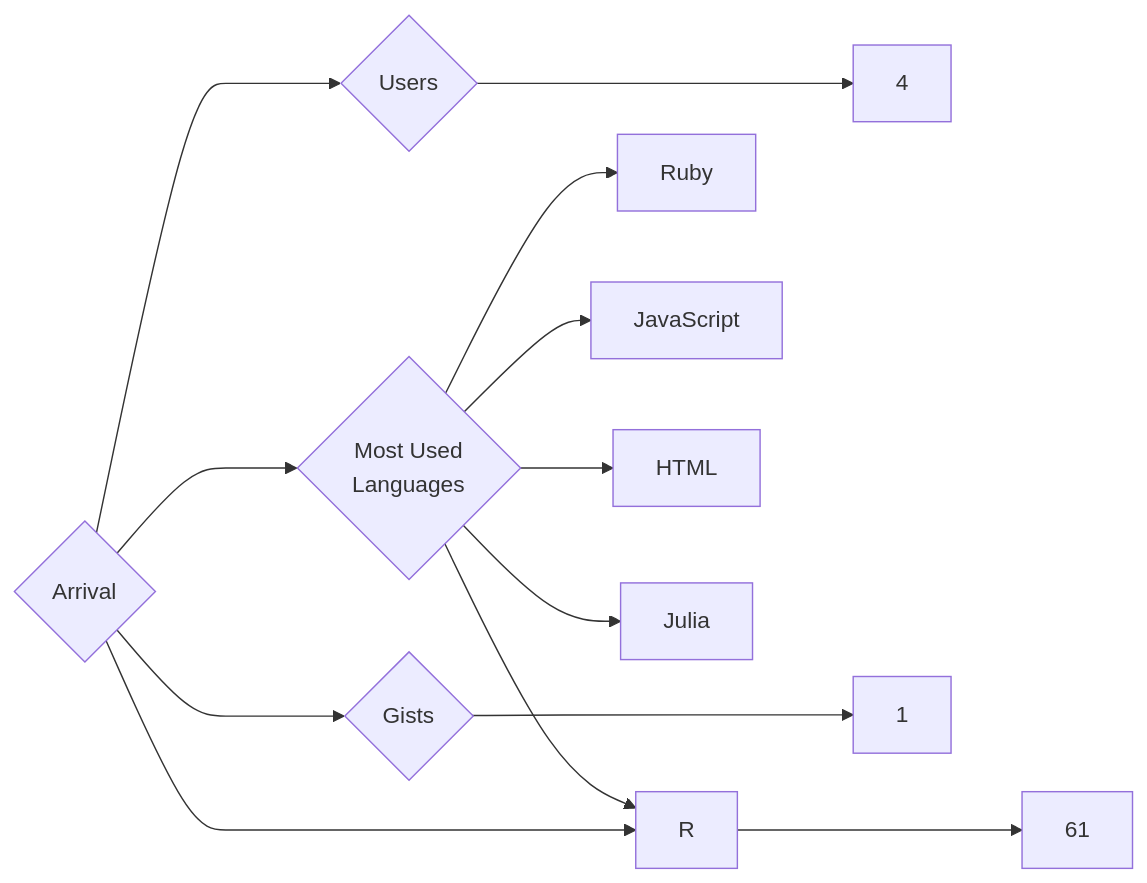
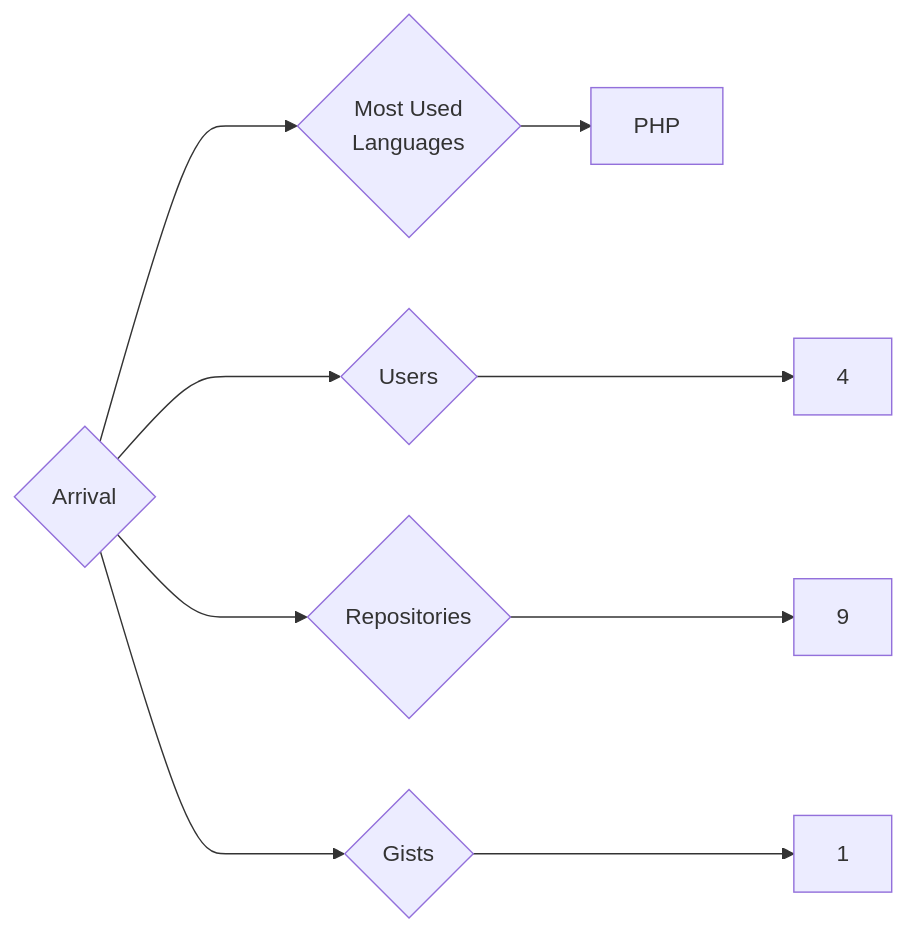
One commit to trickest/insiders changed the diagram in targets/Arrival/README.md. Above: the diagram before and after it, drawn with Mermaid. The commit also changed 953 other files, not shown here.

````diff
--- a/targets/Arrival/README.md
+++ b/targets/Arrival/README.md
@@ -3,13 +3,9 @@
 ```mermaid
 graph LR
 COMPANY_NAME{Arrival}
 COMPANY_NAME ---> U{Users} ---> UN[4]
-COMPANY_NAME ---> R{Repositories} ---> RN[61]
+COMPANY_NAME ---> R{Repositories} ---> RN[9]
 COMPANY_NAME ---> G{Gists} ---> GN[1]
 COMPANY_NAME ---> ML{Most Used<br>Languages}
-ML --> Ruby[Ruby]
-ML --> JavaScript[JavaScript]
-ML --> HTML[HTML]
-ML --> R[R]
-ML --> Julia[Julia]
+ML --> PHP[PHP]
 ```
````
